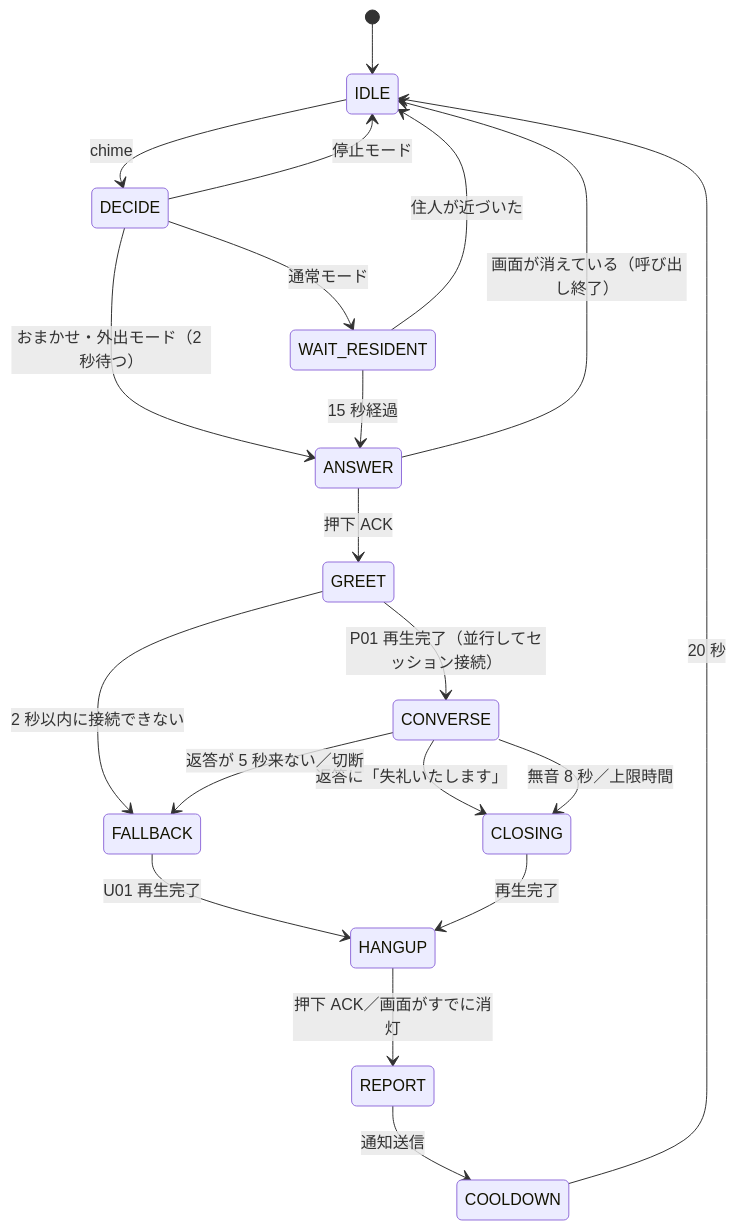
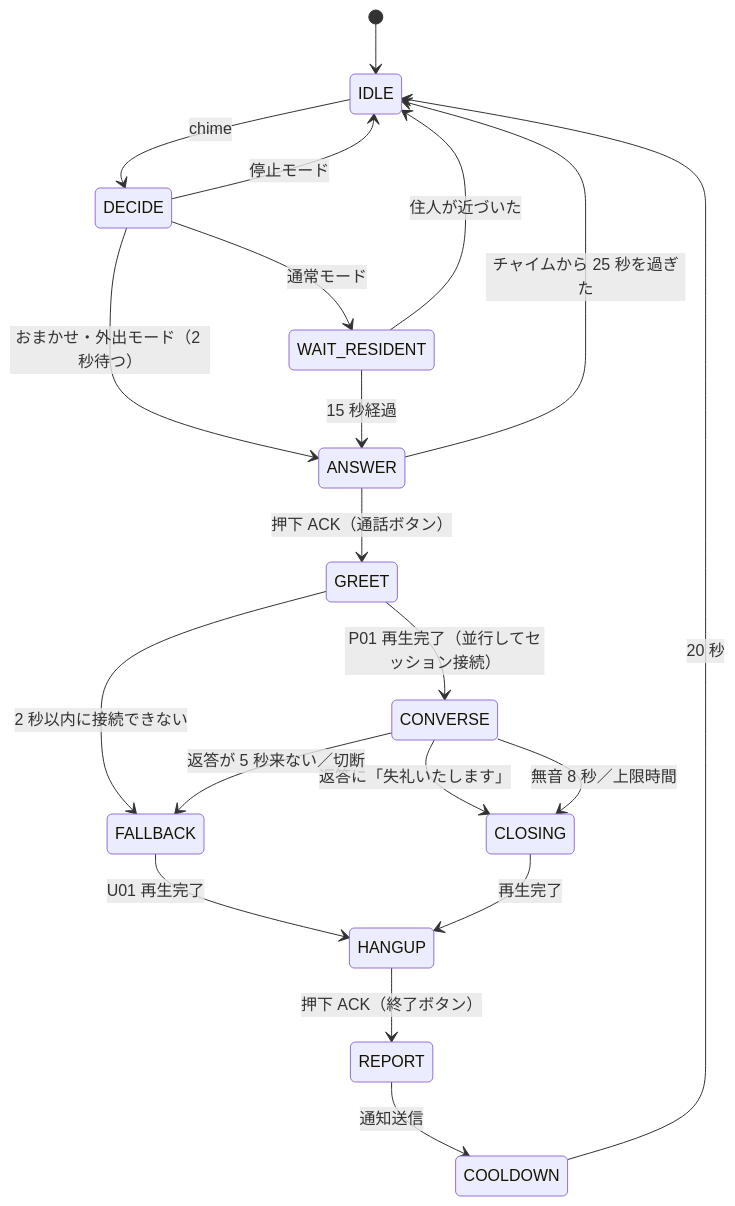
One commit to jphacks/tka_2601 changed the second of 2 diagrams in docs/spec.md. Above: the diagram before and after it, drawn with Mermaid. The commit also changed other lines of this file and 1 other file, not shown here.

````diff
--- a/docs/spec.md
+++ b/docs/spec.md
@@ -281,22 +277,22 @@
 ```mermaid
 stateDiagram-v2
   [*] --> IDLE
   IDLE --> DECIDE: chime
   DECIDE --> IDLE: 停止モード
   DECIDE --> WAIT_RESIDENT: 通常モード
   DECIDE --> ANSWER: おまかせ・外出モード（2 秒待つ）
   WAIT_RESIDENT --> IDLE: 住人が近づいた
   WAIT_RESIDENT --> ANSWER: 15 秒経過
-  ANSWER --> IDLE: 画面が消えている（呼び出し終了）
-  ANSWER --> GREET: 押下 ACK
+  ANSWER --> IDLE: チャイムから 25 秒を過ぎた
+  ANSWER --> GREET: 押下 ACK（通話ボタン）
   GREET --> CONVERSE: P01 再生完了（並行してセッション接続）
   GREET --> FALLBACK: 2 秒以内に接続できない
   CONVERSE --> CLOSING: 返答に「失礼いたします」
   CONVERSE --> CLOSING: 無音 8 秒／上限時間
   CONVERSE --> FALLBACK: 返答が 5 秒来ない／切断
   FALLBACK --> HANGUP: U01 再生完了
   CLOSING --> HANGUP: 再生完了
-  HANGUP --> REPORT: 押下 ACK／画面がすでに消灯
+  HANGUP --> REPORT: 押下 ACK（終了ボタン）
   REPORT --> COOLDOWN: 通知送信
   COOLDOWN --> IDLE: 20 秒
 ```
````
